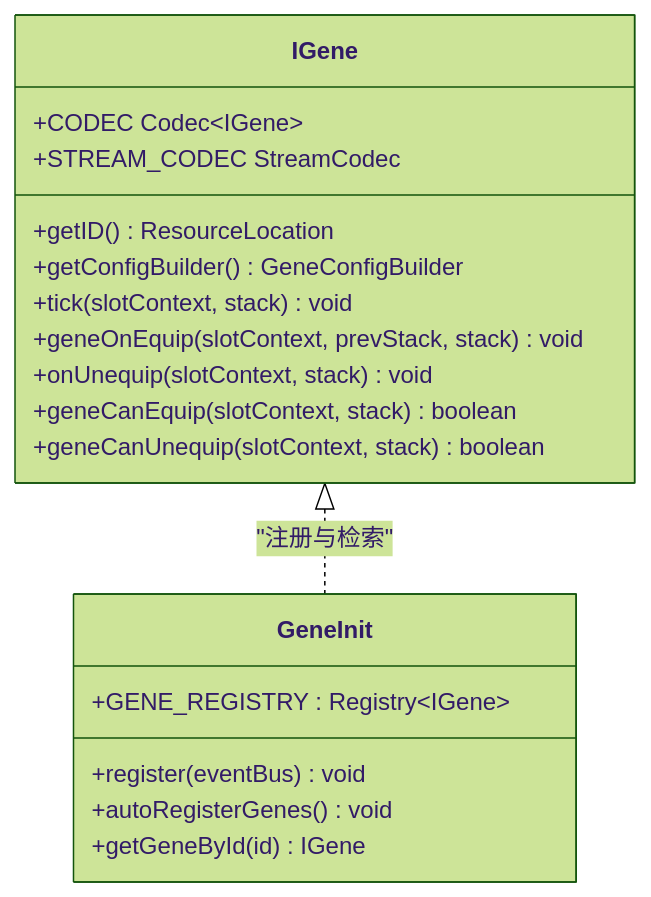
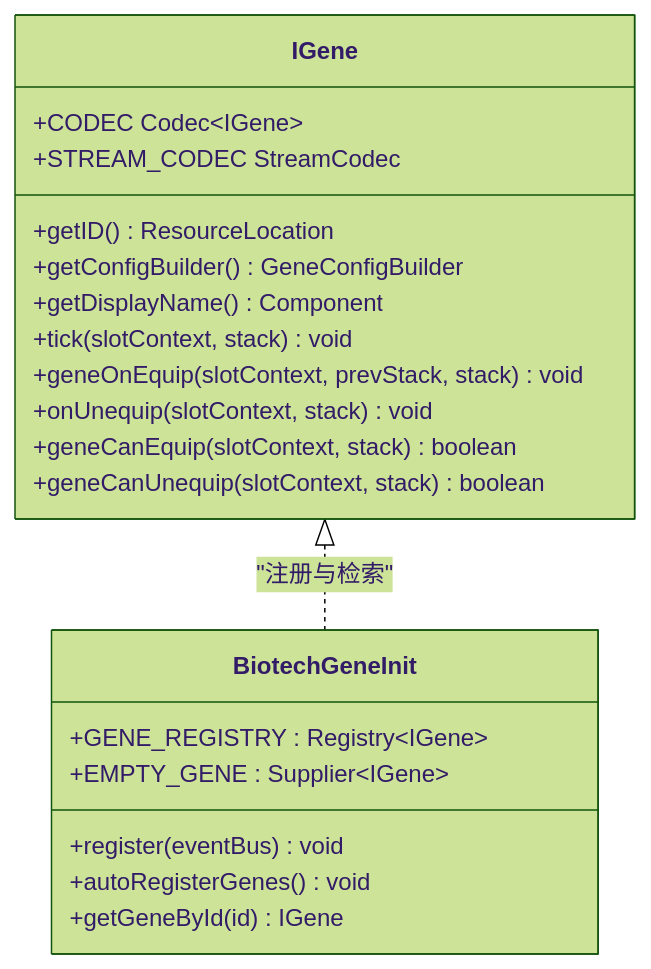
Before and after one commit to Ver-shift/SubModulesGeneHunter: the fifth of 10 diagrams in .qoder/repowiki/zh/content/模块架构/Biotech基因科技模块/Biotech基因科技模块.md, drawn with Mermaid (forest theme). The commit also changed other lines of this file and 42 other files, not shown here.

````diff
--- a/.qoder/repowiki/zh/content/模块架构/Biotech基因科技模块/Biotech基因科技模块.md
+++ b/.qoder/repowiki/zh/content/模块架构/Biotech基因科技模块/Biotech基因科技模块.md
@@ -202,21 +265,23 @@
 ```mermaid
 classDiagram
 class IGene {
 +getID() ResourceLocation
 +getConfigBuilder() GeneConfigBuilder
++getDisplayName() Component
 +tick(slotContext, stack) void
 +geneOnEquip(slotContext, prevStack, stack) void
 +onUnequip(slotContext, stack) void
 +geneCanEquip(slotContext, stack) boolean
 +geneCanUnequip(slotContext, stack) boolean
 +CODEC Codec~IGene~
 +STREAM_CODEC StreamCodec
 }
-class GeneInit {
+class BiotechGeneInit {
 +GENE_REGISTRY : Registry~IGene~
 +register(eventBus) void
 +autoRegisterGenes() void
 +getGeneById(id) IGene
++EMPTY_GENE : Supplier~IGene~
 }
-IGene <|.. GeneInit : "注册与检索"
+IGene <|.. BiotechGeneInit : "注册与检索"
 ```
````
